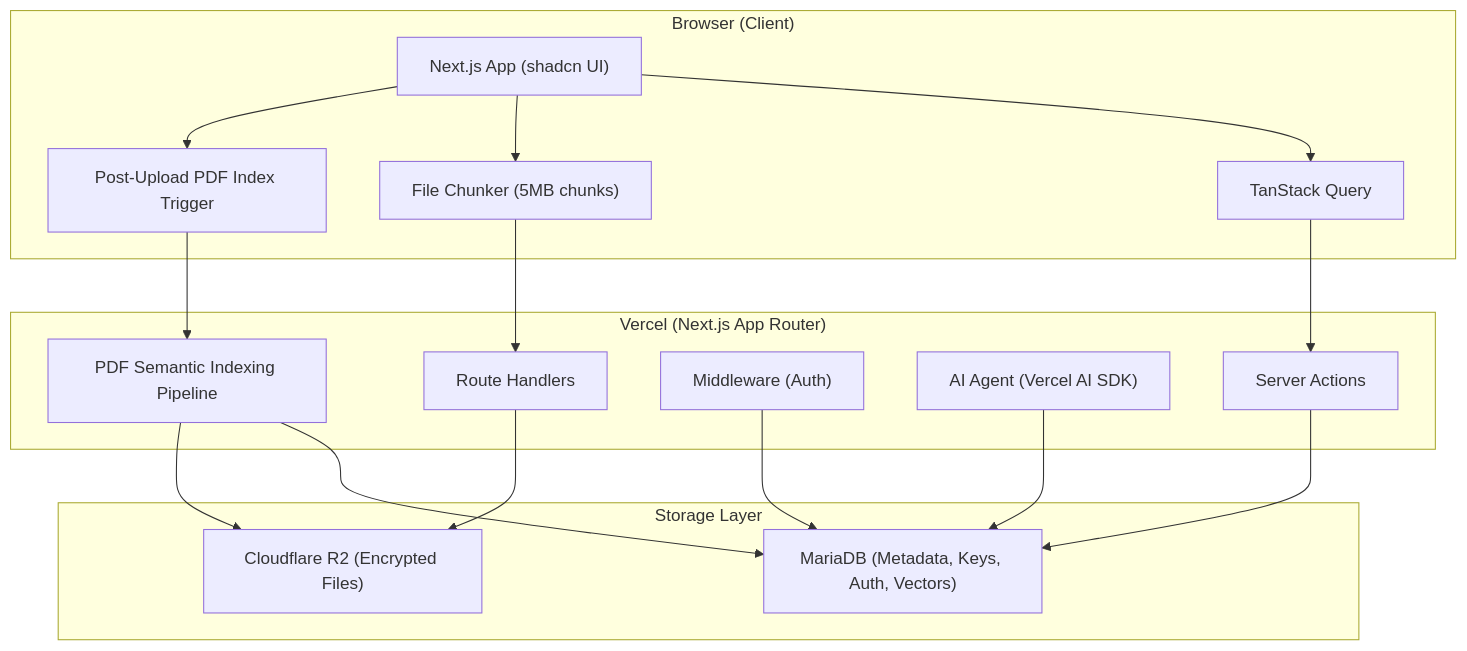
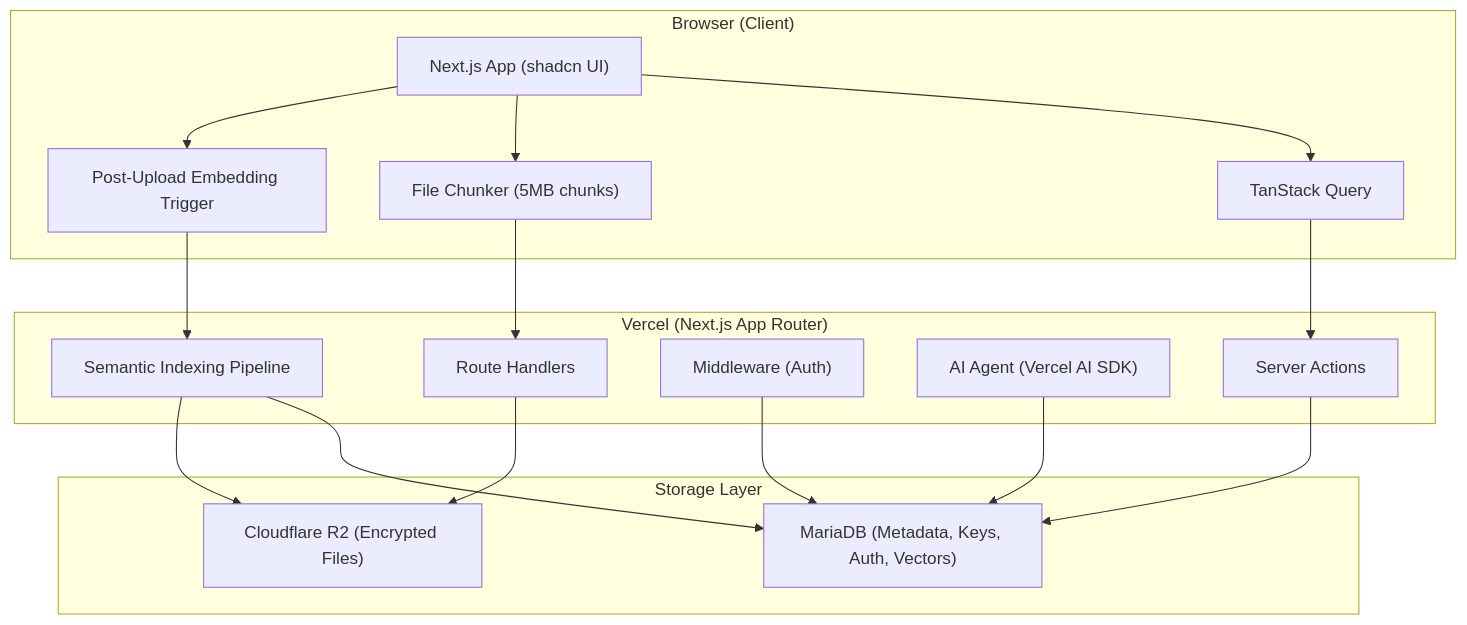
The first of 10 diagrams in docs/02-architecture.md (MariaDB-Hackathon-MY-2026/securevault), drawn with Mermaid before and after one commit. The commit also changed other lines of this file and 35 other files, not shown here.

First line of the commit message:
Add multi-modal semantic indexing support

````diff
--- a/docs/02-architecture.md
+++ b/docs/02-architecture.md
@@ -5,32 +5,32 @@
 ```mermaid
 graph TB
     subgraph Client["Browser (Client)"]
         UI["Next.js App (shadcn UI)"]
         TQ["TanStack Query"]
         Chunker["File Chunker (5MB chunks)"]
-        Trigger["Post-Upload PDF Index Trigger"]
+        Trigger["Post-Upload Embedding Trigger"]
     end
 
     subgraph Vercel["Vercel (Next.js App Router)"]
         SA["Server Actions"]
         RH["Route Handlers"]
         MW["Middleware (Auth)"]
         AI["AI Agent (Vercel AI SDK)"]
-        IDX["PDF Semantic Indexing Pipeline"]
+        IDX["Semantic Indexing Pipeline"]
     end
 
     subgraph Storage["Storage Layer"]
         MDB["MariaDB (Metadata, Keys, Auth, Vectors)"]
         R2["Cloudflare R2 (Encrypted Files)"]
     end
 
     UI --> TQ --> SA
     UI --> Chunker --> RH
     UI --> Trigger --> IDX
     SA --> MDB
     RH --> R2
     AI --> MDB
     IDX --> MDB
     IDX --> R2
     MW --> MDB
 ```
````
